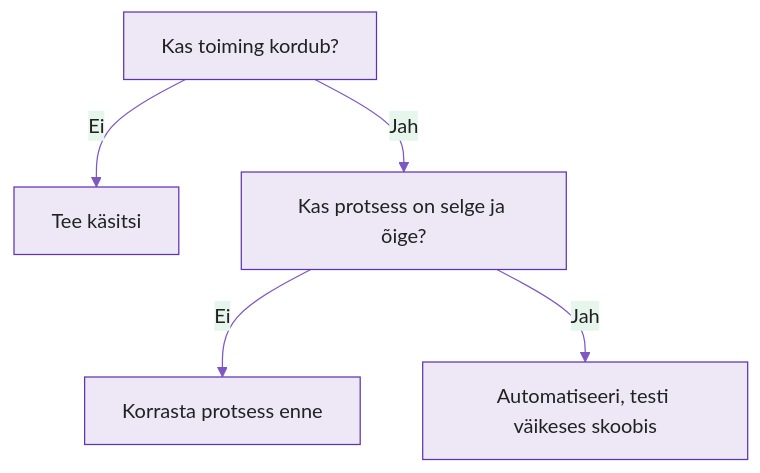
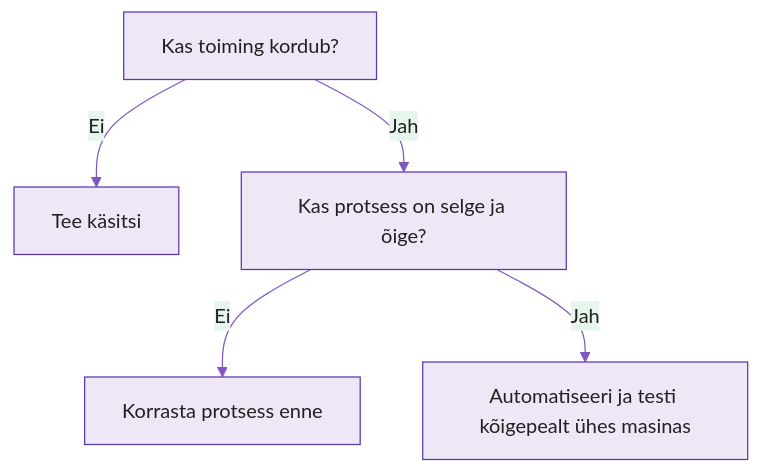
Before and after one commit to hkhk-automation/devops: the first of 2 diagrams in docs/week01/lecture.md, drawn with Mermaid. The commit also changed other lines of this file and 12 other files, not shown here.

````diff
--- a/docs/week01/lecture.md
+++ b/docs/week01/lecture.md
@@ -72,8 +69,8 @@
 ```mermaid
 %%{init: {'theme':'base','themeVariables':{'primaryColor':'#ede7f6','primaryBorderColor':'#5e35b1','primaryTextColor':'#212121','lineColor':'#7e57c2'}}}%%
 flowchart TD
     A[Kas toiming kordub?] -->|Ei| B[Tee käsitsi]
     A -->|Jah| C[Kas protsess on selge ja õige?]
     C -->|Ei| D[Korrasta protsess enne]
-    C -->|Jah| E[Automatiseeri, testi väikeses skoobis]
+    C -->|Jah| E[Automatiseeri ja testi kõigepealt ühes masinas]
 ```
````
